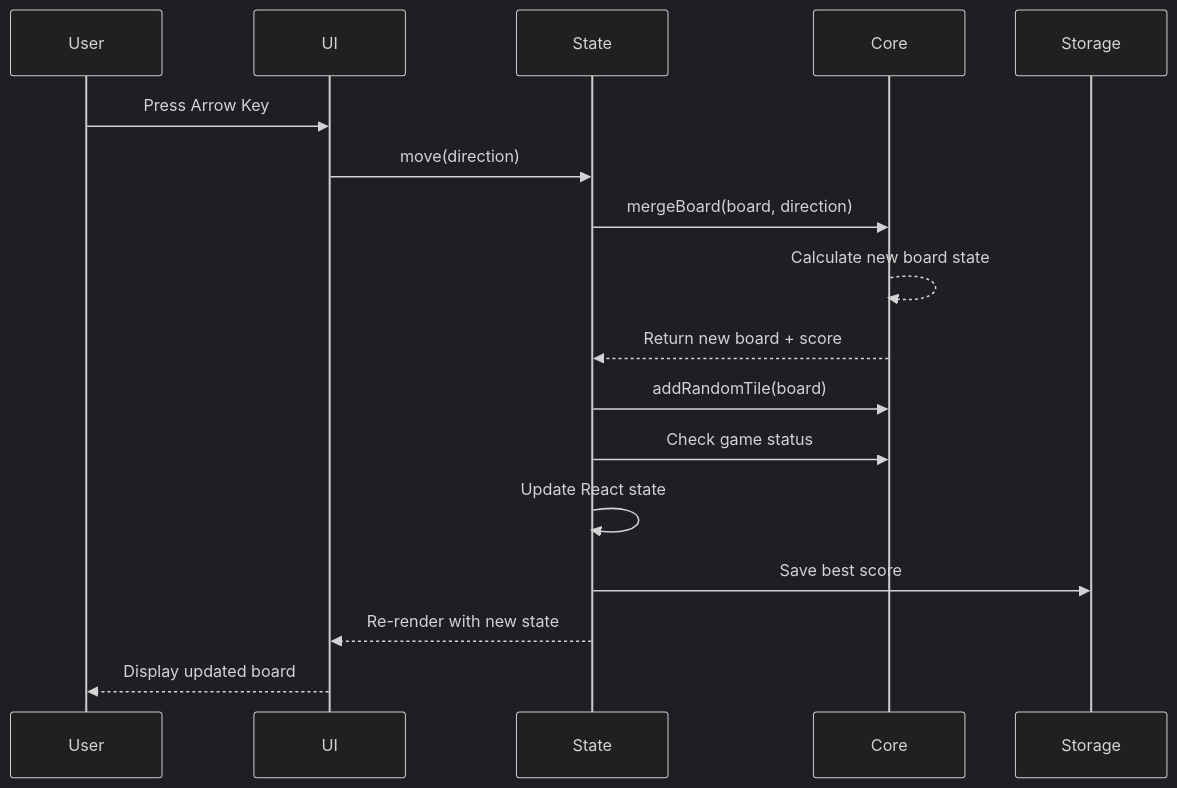
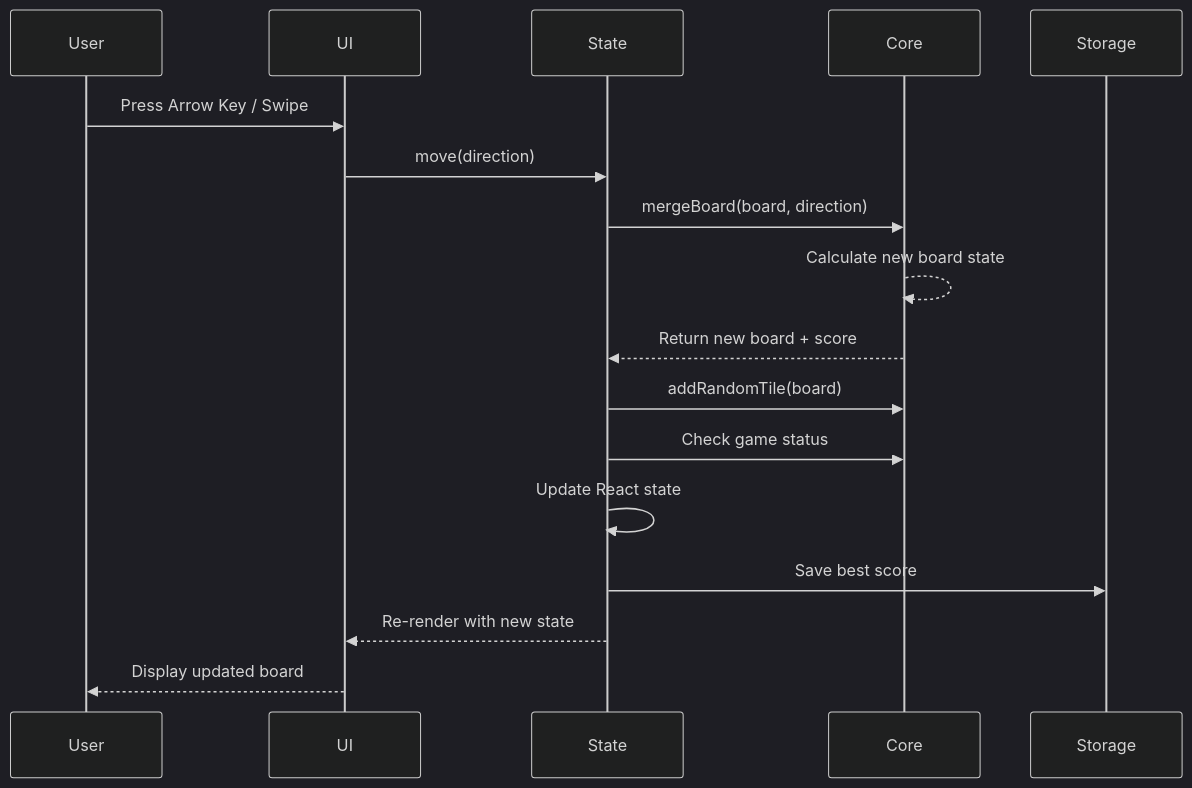
One commit to larrylizhao/game2048 changed the second of 2 diagrams in README.md. Above: the diagram before and after it, drawn with Mermaid (dark theme). The commit also changed other lines of this file, not shown here.

````diff
--- a/README.md
+++ b/README.md
@@ -189,20 +203,20 @@
 ```mermaid
 sequenceDiagram
     participant User
     participant UI
     participant State
     participant Core
     participant Storage
 
-    User->>UI: Press Arrow Key
+    User->>UI: Press Arrow Key / Swipe
     UI->>State: move(direction)
     State->>Core: mergeBoard(board, direction)
     Core-->>Core: Calculate new board state
     Core-->>State: Return new board + score
     State->>Core: addRandomTile(board)
     State->>Core: Check game status
     State->>State: Update React state
     State->>Storage: Save best score
     State-->>UI: Re-render with new state
     UI-->>User: Display updated board
 ```
````
